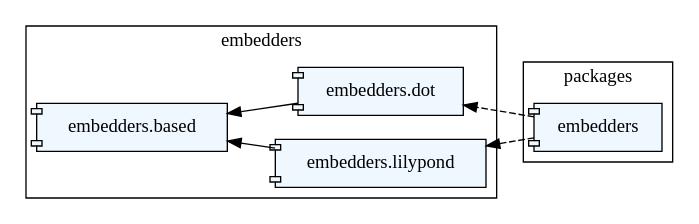
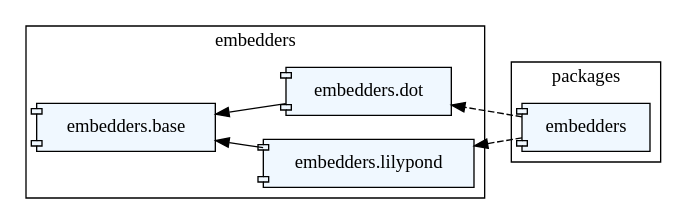
One commit to Omikhleia/embedders.sile changed the diagram in examples/embedders.dot. Above: the diagram before and after it, drawn with Graphviz. The commit also changed 7 other files, not shown here.

```diff
--- a/examples/embedders.dot
+++ b/examples/embedders.dot
@@ -1,24 +1,24 @@
 digraph omikhleia {
 	rankdir=RL;
 	size="8,5"
 
   subgraph cluster_embedders {
     label = "embedders";
-    
-    base [shape=component, label="embedders.based",style=filled,fillcolor=aliceblue]
+
+    base [shape=component, label="embedders.base",style=filled,fillcolor=aliceblue]
     dot [shape=component, label="embedders.dot",style=filled,fillcolor=aliceblue]
     lilypond [shape=component, label="embedders.lilypond",style=filled,fillcolor=aliceblue]
 
     dot -> base
     lilypond -> base
   }
 
   subgraph cluster_textsubsuper {
     label = "packages";
 
     embedders [shape=component,style=filled,fillcolor=aliceblue]
 
     embedders -> dot [style=dashed]
     embedders -> lilypond [style=dashed]
   }
 }
```
